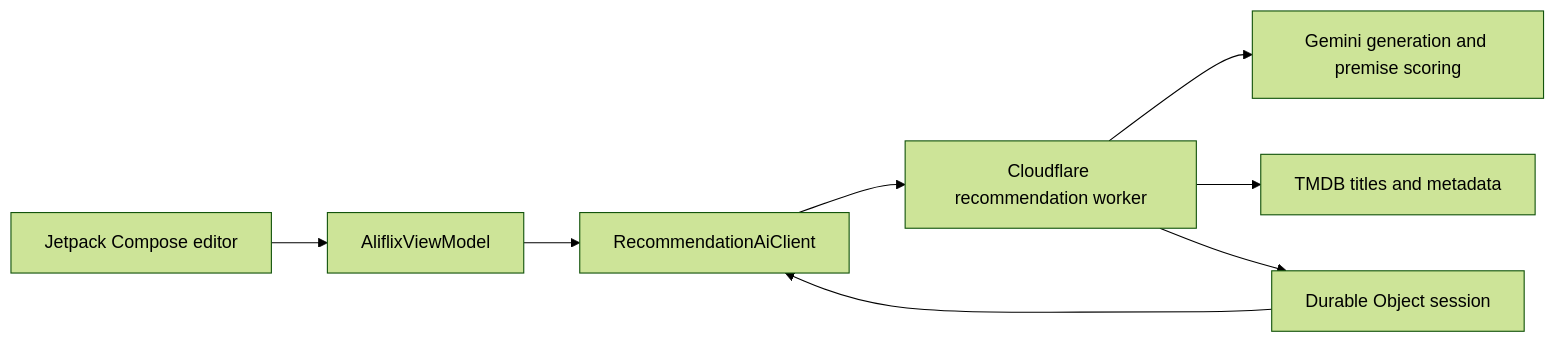
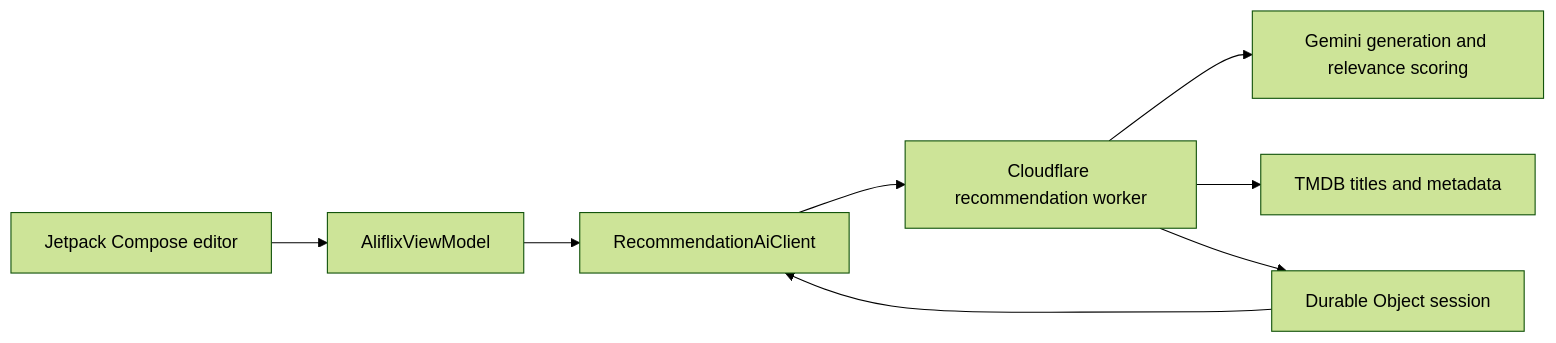
One commit to alishaban144/aliflix-android changed the diagram in README.md. Above: the diagram before and after it, drawn with Mermaid (forest theme). The commit also changed other lines of this file and 13 other files, not shown here.

````diff
--- a/README.md
+++ b/README.md
@@ -33,10 +33,10 @@
 ```mermaid
 flowchart LR
     UI[Jetpack Compose editor] --> VM[AliflixViewModel]
     VM --> Client[RecommendationAiClient]
     Client --> Worker[Cloudflare recommendation worker]
-    Worker --> Gemini[Gemini generation and premise scoring]
+    Worker --> Gemini[Gemini generation and relevance scoring]
     Worker --> TMDB[TMDB titles and metadata]
     Worker --> Session[Durable Object session]
     Session --> Client
 ```
````
